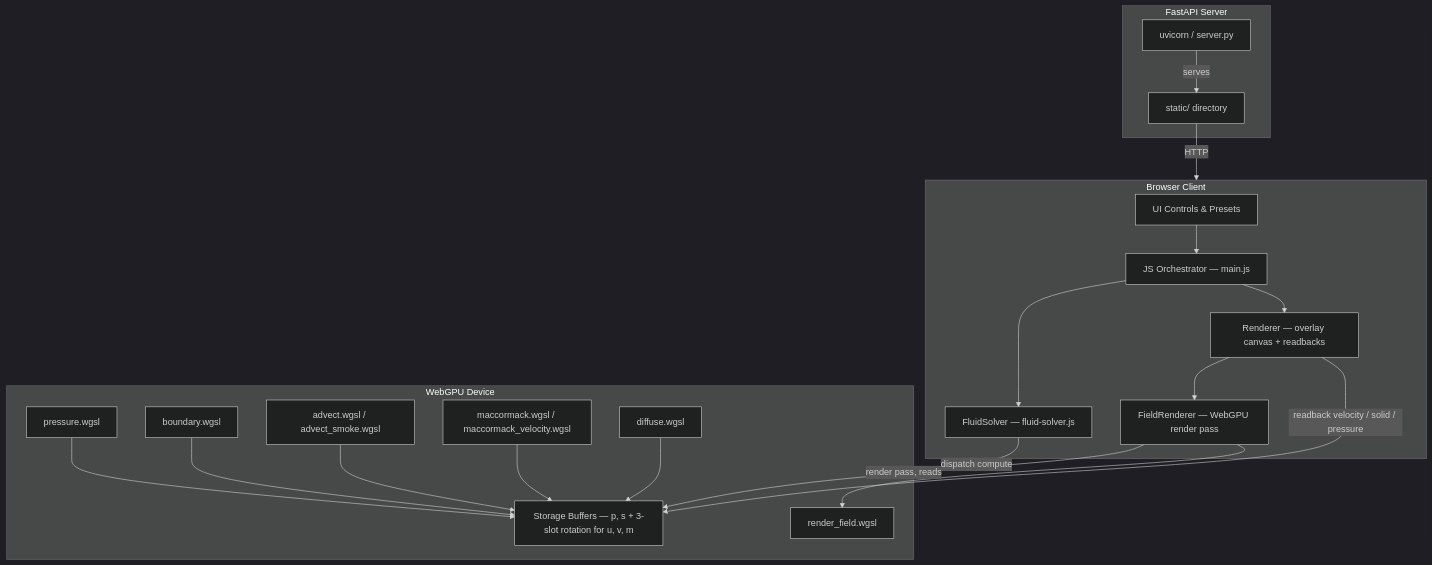
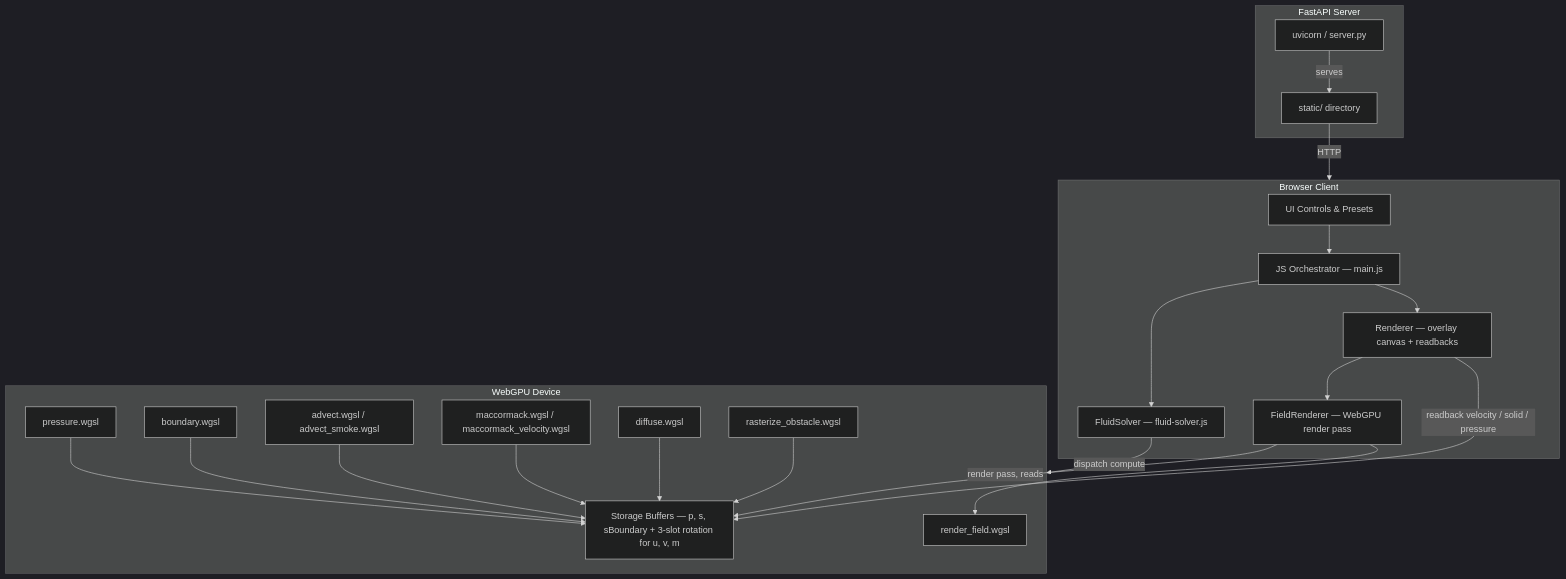
Before and after one commit to palsagar/webgpu-fluid-solver: the diagram in docs/README.md, drawn with Mermaid (dark theme). The commit also changed 15 other files, not shown here.

````diff
--- a/docs/README.md
+++ b/docs/README.md
@@ -9,41 +9,43 @@
 ```mermaid
 graph TD
     subgraph Server["FastAPI Server"]
         S1[uvicorn / server.py]
         S2[static/ directory]
         S1 -->|serves| S2
     end
 
     subgraph Browser["Browser Client"]
         UI[UI Controls & Presets]
         Orch[JS Orchestrator — main.js]
         Sim[FluidSolver — fluid-solver.js]
         Ren[Renderer — overlay canvas + readbacks]
         FRen[FieldRenderer — WebGPU render pass]
         UI --> Orch
         Orch --> Sim
         Orch --> Ren
         Ren --> FRen
     end
 
     subgraph GPU["WebGPU Device"]
-        B["Storage Buffers — p, s + 3-slot rotation for u, v, m"]
+        B["Storage Buffers — p, s, sBoundary + 3-slot rotation for u, v, m"]
         C2[pressure.wgsl]
         C3[boundary.wgsl]
         C4["advect.wgsl / advect_smoke.wgsl"]
         C6["maccormack.wgsl / maccormack_velocity.wgsl"]
         C7[diffuse.wgsl]
+        C8[rasterize_obstacle.wgsl]
         C5[render_field.wgsl]
         C2 --> B
         C3 --> B
         C4 --> B
         C6 --> B
         C7 --> B
+        C8 --> B
     end
 
     S2 -->|HTTP| Browser
     Sim -->|dispatch compute| GPU
     FRen -->|render pass, reads| B
     FRen --> C5
     Ren -->|readback velocity / solid / pressure| B
 ```
````
